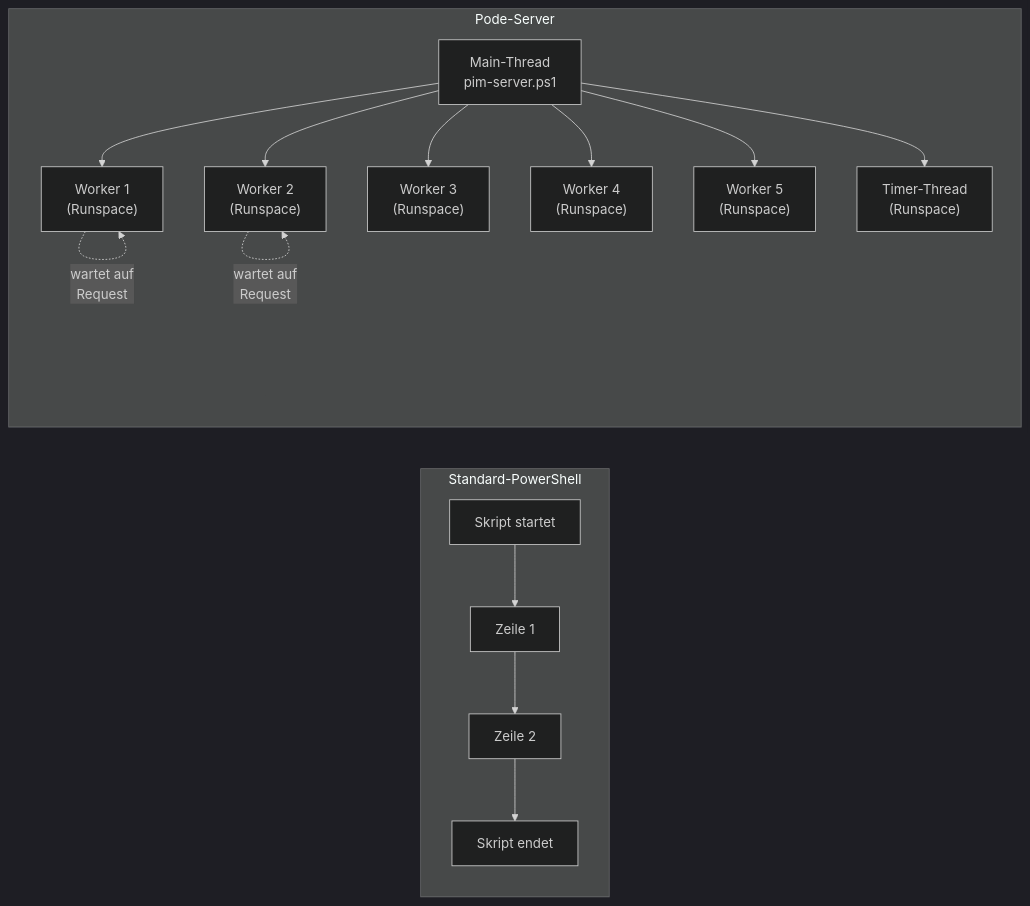
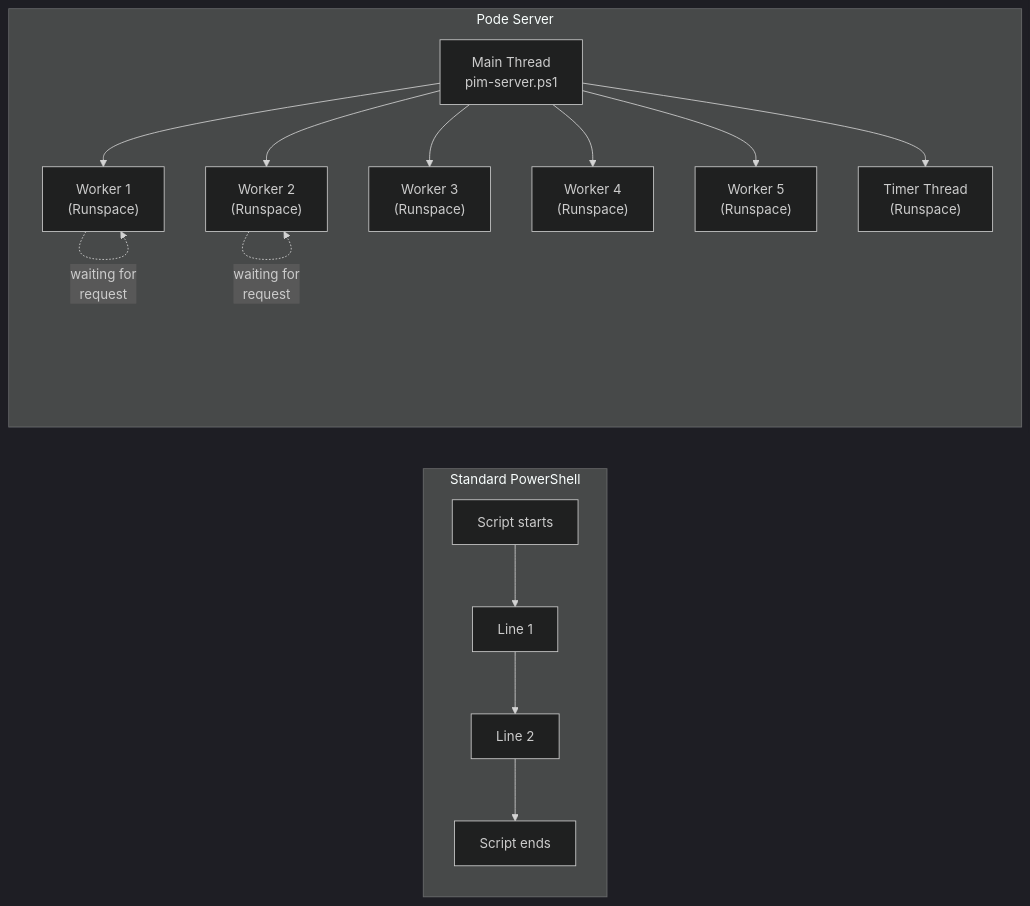
The first of 3 diagrams in pode-onboarding.md (l-gosling/PIMActivation-Web), drawn with Mermaid (dark theme) before and after one commit. The commit also changed other lines of this file and 4 other files, not shown here.

````diff
--- a/pode-onboarding.md
+++ b/pode-onboarding.md
@@ -44,21 +44,21 @@
 ```mermaid
 graph LR
-    subgraph "Standard-PowerShell"
+    subgraph "Standard PowerShell"
         direction TB
-        A["Skript startet"] --> B["Zeile 1"] --> C["Zeile 2"] --> D["Skript endet"]
+        A["Script starts"] --> B["Line 1"] --> C["Line 2"] --> D["Script ends"]
     end
 
-    subgraph "Pode-Server"
+    subgraph "Pode Server"
         direction TB
-        M["Main-Thread<br/>pim-server.ps1"]
+        M["Main Thread<br/>pim-server.ps1"]
         M --> W1["Worker 1<br/>(Runspace)"]
         M --> W2["Worker 2<br/>(Runspace)"]
         M --> W3["Worker 3<br/>(Runspace)"]
         M --> W4["Worker 4<br/>(Runspace)"]
         M --> W5["Worker 5<br/>(Runspace)"]
-        M --> T["Timer-Thread<br/>(Runspace)"]
+        M --> T["Timer Thread<br/>(Runspace)"]
 
-        W1 -.->|"wartet auf<br/>Request"| W1
-        W2 -.->|"wartet auf<br/>Request"| W2
+        W1 -.->|"waiting for<br/>request"| W1
+        W2 -.->|"waiting for<br/>request"| W2
     end
 ```
````
